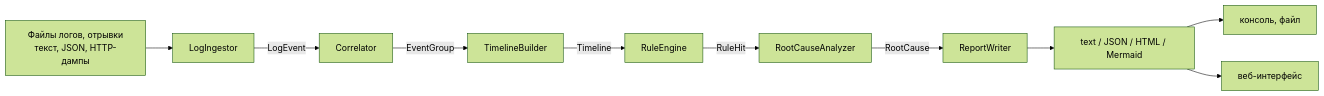
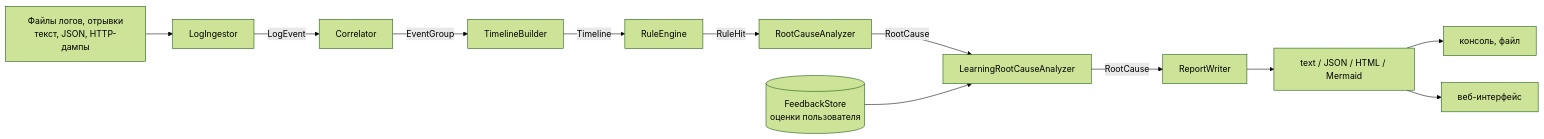
Before and after one commit to akiramonv/LogAnalyzer: the first of 3 diagrams in docs/ARCHITECTURE.md, drawn with Mermaid (forest theme). The commit also changed other lines of this file and 16 other files, not shown here.

````diff
--- a/docs/ARCHITECTURE.md
+++ b/docs/ARCHITECTURE.md
@@ -5,12 +5,14 @@
 ```mermaid
 flowchart LR
     A[Файлы логов, отрывки<br/>текст, JSON, HTTP-дампы] --> B[LogIngestor]
     B -->|LogEvent| C[Correlator]
     C -->|EventGroup| D[TimelineBuilder]
     D -->|Timeline| E[RuleEngine]
     E -->|RuleHit| F[RootCauseAnalyzer]
-    F -->|RootCause| G[ReportWriter]
+    F -->|RootCause| L[LearningRootCauseAnalyzer]
+    M[(FeedbackStore<br/>оценки пользователя)] --> L
+    L -->|RootCause| G[ReportWriter]
     G --> H[text / JSON / HTML / Mermaid]
     H --> I[консоль, файл]
     H --> J[веб-интерфейс]
 ```
````
